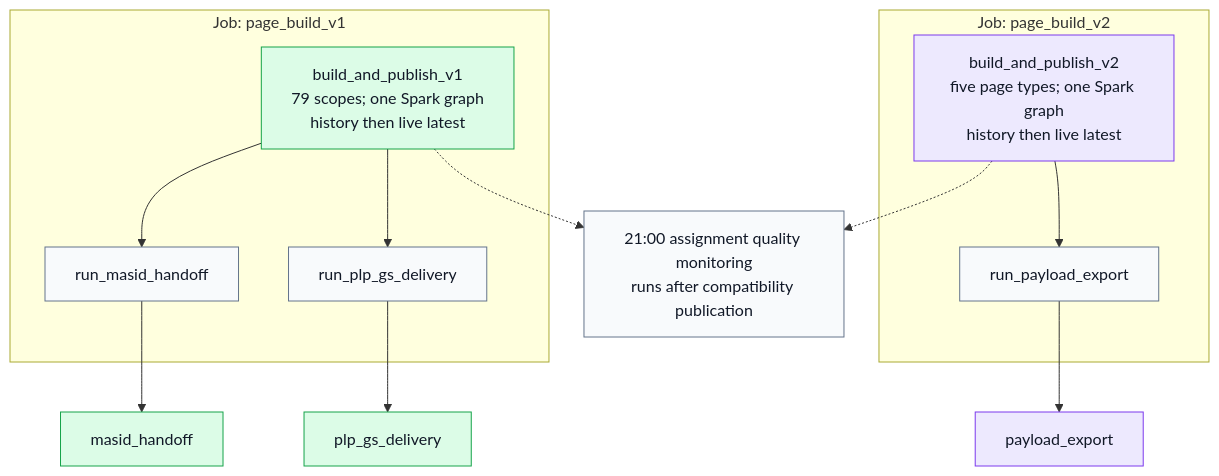
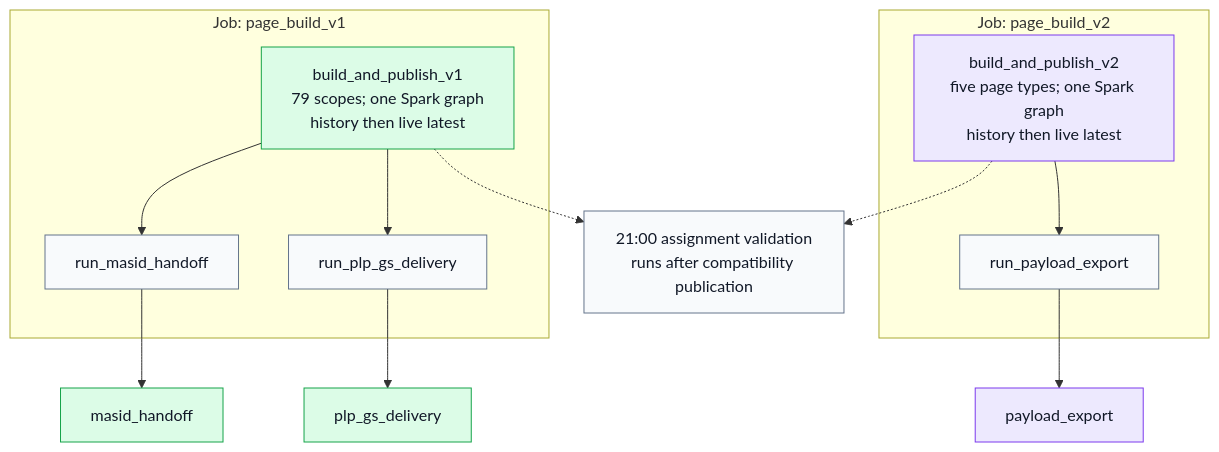
Before and after one commit to swblain-glyndwr/personal_project: the fourth of 7 diagrams in docs/CICD/nextads_databricks_runtime_map.md, drawn with Mermaid. The commit also changed other lines of this file and 16 other files, not shown here.

````diff
--- a/docs/CICD/nextads_databricks_runtime_map.md
+++ b/docs/CICD/nextads_databricks_runtime_map.md
@@ -283,25 +315,25 @@
 ```mermaid
 flowchart TD
   classDef v1 fill:#dcfce7,stroke:#16a34a,color:#111827
   classDef v2 fill:#ede9fe,stroke:#7c3aed,color:#111827
   classDef trigger fill:#f8fafc,stroke:#64748b,color:#111827
 
   subgraph V1_PAGE_BUILD["Job: page_build_v1"]
     build_and_publish_v1["build_and_publish_v1<br/>79 scopes; one Spark graph<br/>history then live latest"]:::v1
     run_masid_handoff["run_masid_handoff"]:::trigger
     run_plp_gs_delivery["run_plp_gs_delivery"]:::trigger
     build_and_publish_v1 --> run_masid_handoff
     build_and_publish_v1 --> run_plp_gs_delivery
   end
   subgraph V2_PAGE_BUILD["Job: page_build_v2"]
     build_and_publish_v2["build_and_publish_v2<br/>five page types; one Spark graph<br/>history then live latest"]:::v2
     run_payload_export["run_payload_export"]:::trigger
     build_and_publish_v2 --> run_payload_export
   end
   run_masid_handoff --> masid["masid_handoff"]:::v1
   run_payload_export --> payload["payload_export"]:::v2
   run_plp_gs_delivery --> plp["plp_gs_delivery"]:::v1
-  quality["21:00 assignment quality monitoring<br/>runs after compatibility publication"]:::trigger
+  quality["21:00 assignment validation<br/>runs after compatibility publication"]:::trigger
   build_and_publish_v1 -.-> quality
   build_and_publish_v2 -.-> quality
 ```
````
